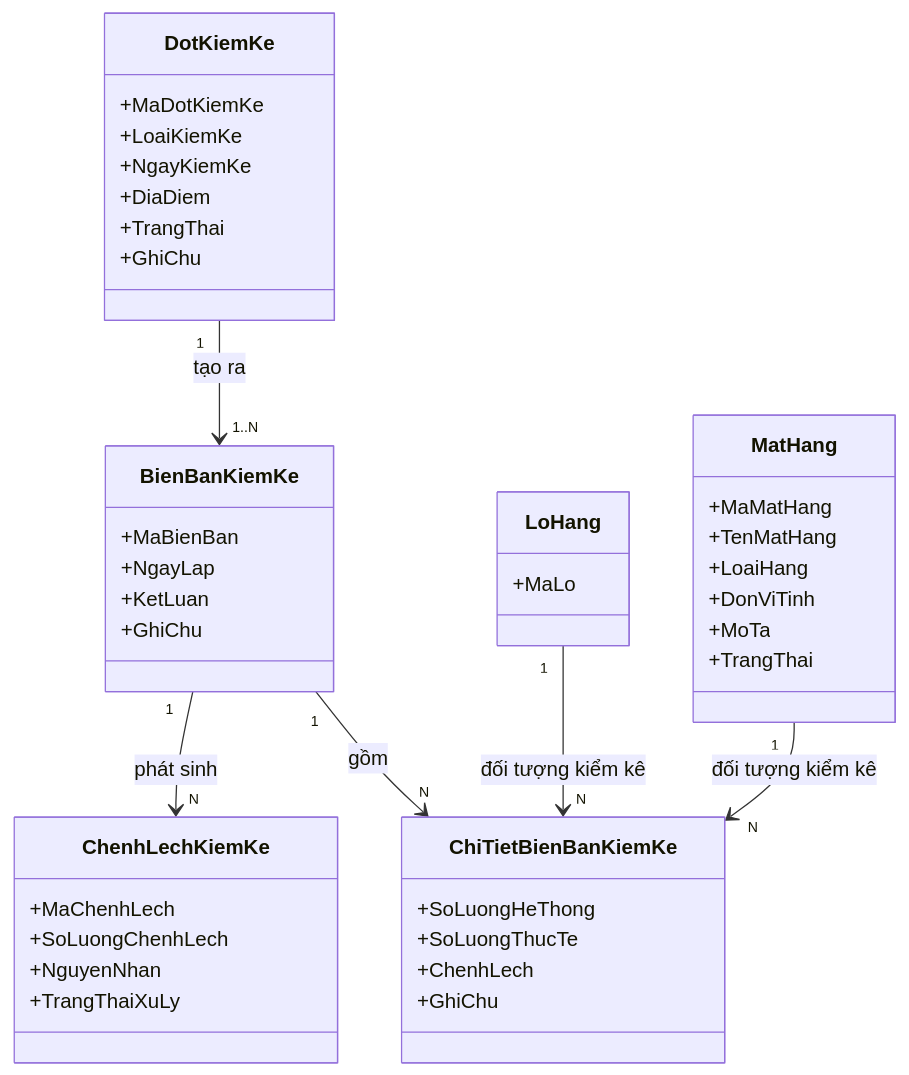
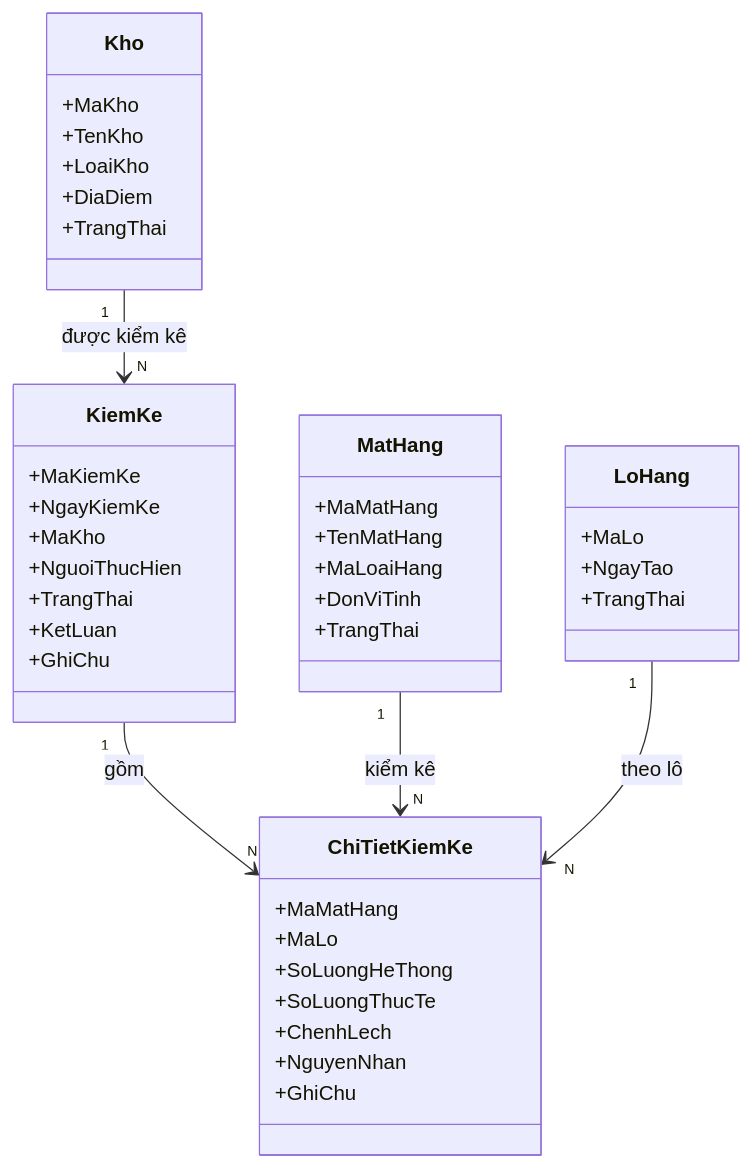
One commit to vthaix/WarehouseSystem changed the tenth of 14 diagrams in WarehouseSystem_SRS_hoan_chinh.md. Above: the diagram before and after it, drawn with Mermaid. The commit also changed other lines of this file, not shown here.

````diff
--- a/WarehouseSystem_SRS_hoan_chinh.md
+++ b/WarehouseSystem_SRS_hoan_chinh.md
@@ -1989,46 +425,51 @@
 ```mermaid
 classDiagram
-    class DotKiemKe {
-        +MaDotKiemKe
-        +LoaiKiemKe
+
+    class KiemKe {
+        +MaKiemKe
         +NgayKiemKe
-        +DiaDiem
+        +MaKho
+        +NguoiThucHien
         +TrangThai
-        +GhiChu
-    }
-    class BienBanKiemKe {
-        +MaBienBan
-        +NgayLap
         +KetLuan
         +GhiChu
     }
-    class ChiTietBienBanKiemKe {
+
+    class ChiTietKiemKe {
+        +MaMatHang
+        +MaLo
         +SoLuongHeThong
         +SoLuongThucTe
         +ChenhLech
+        +NguyenNhan
         +GhiChu
     }
-    class ChenhLechKiemKe {
-        +MaChenhLech
-        +SoLuongChenhLech
-        +NguyenNhan
-        +TrangThaiXuLy
+
+    class Kho {
+        +MaKho
+        +TenKho
+        +LoaiKho
+        +DiaDiem
+        +TrangThai
     }
-    class LoHang {
-        +MaLo
-    }
+
     class MatHang {
         +MaMatHang
         +TenMatHang
-        +LoaiHang
+        +MaLoaiHang
         +DonViTinh
-        +MoTa
         +TrangThai
     }
 
-    DotKiemKe "1" --> "1..N" BienBanKiemKe : tạo ra
-    BienBanKiemKe "1" --> "N" ChiTietBienBanKiemKe : gồm
-    LoHang "1" --> "N" ChiTietBienBanKiemKe : đối tượng kiểm kê
-    MatHang "1" --> "N" ChiTietBienBanKiemKe : đối tượng kiểm kê
-    BienBanKiemKe "1" --> "N" ChenhLechKiemKe : phát sinh
+    class LoHang {
+        +MaLo
+        +NgayTao
+        +TrangThai
+    }
+
+    Kho "1" --> "N" KiemKe : được kiểm kê
+    KiemKe "1" --> "N" ChiTietKiemKe : gồm
+    MatHang "1" --> "N" ChiTietKiemKe : kiểm kê
+    LoHang "1" --> "N" ChiTietKiemKe : theo lô
+
 ```
````
